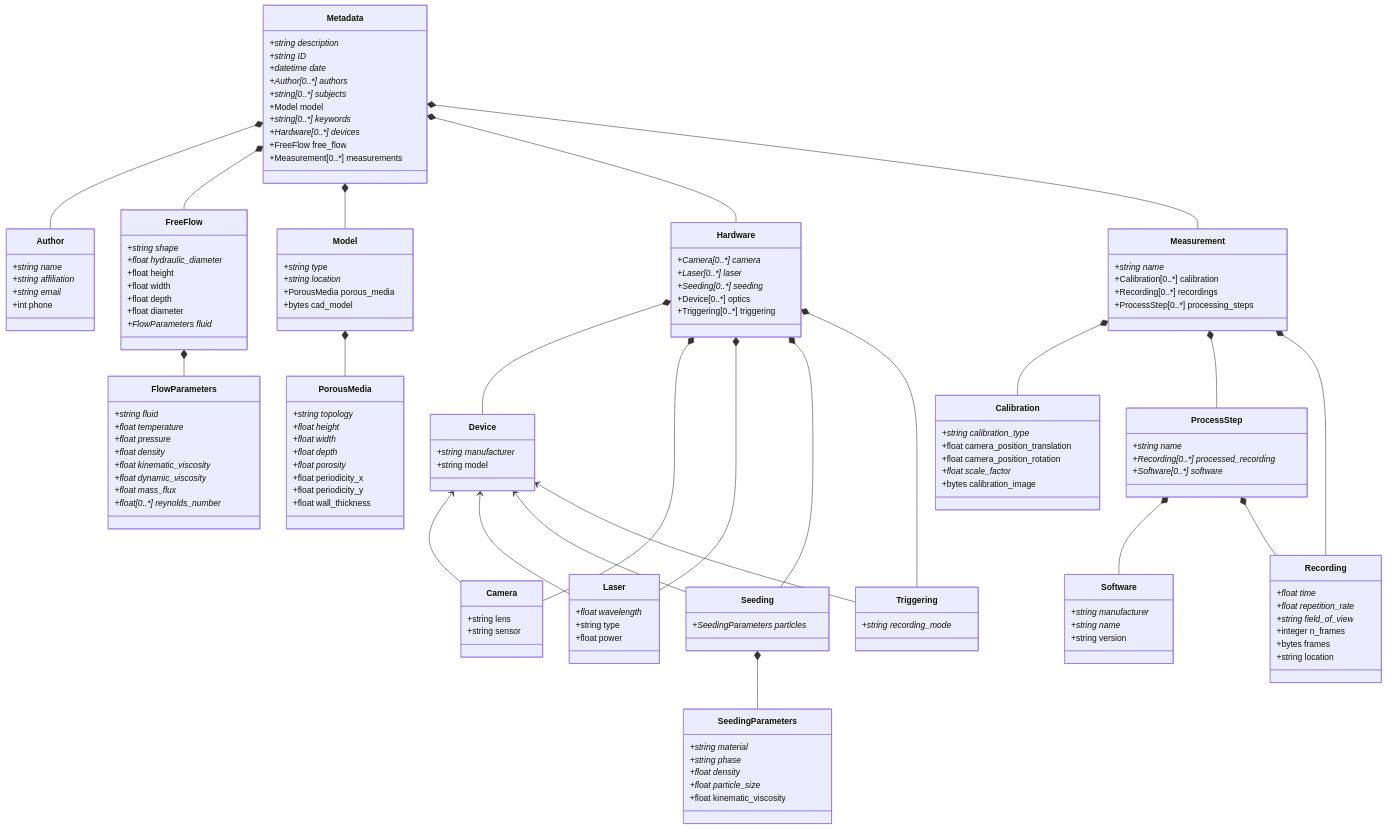
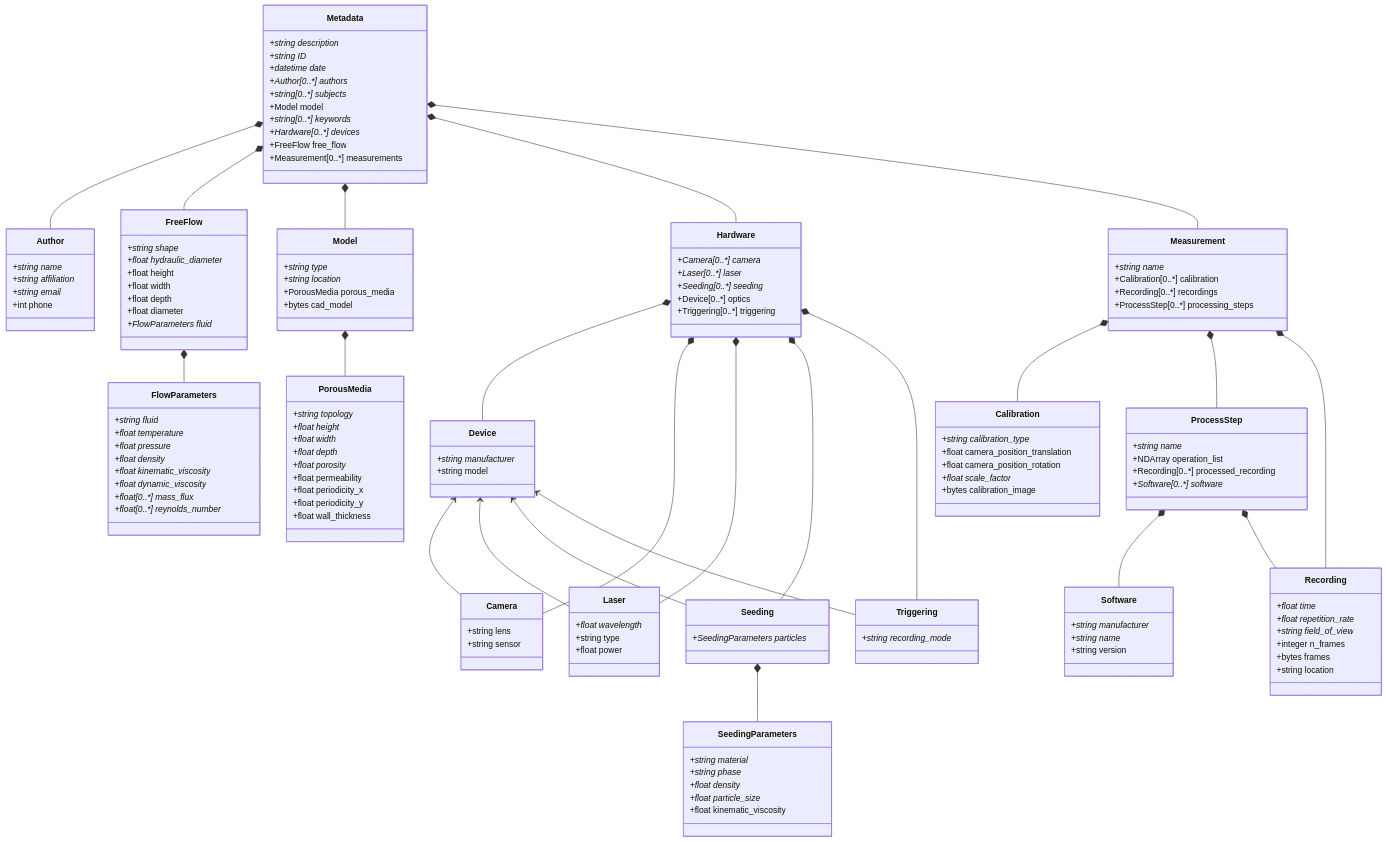
Before and after one commit to SimTech-Research-Data-Management/porous-media-flow-model: the diagram in porouspy_schema.md, drawn with Mermaid. The commit also changed 20 other files, not shown here.

```diff
--- a/porouspy_schema.md
+++ b/porouspy_schema.md
@@ -60,7 +60,7 @@
         +float density*
         +float kinematic_viscosity*
         +float dynamic_viscosity*
-        +float mass_flux*
+        +float[0..*] mass_flux*
         +float[0..*] reynolds_number*
     }
     
@@ -77,6 +77,7 @@
         +float width*
         +float depth*
         +float porosity*
+        +float permeability
         +float periodicity_x
         +float periodicity_y
         +float wall_thickness
@@ -139,7 +140,8 @@
     
     class ProcessStep {
         +string name*
-        +Recording[0..*] processed_recording*
+        +NDArray operation_list
+        +Recording[0..*] processed_recording
         +Software[0..*] software*
     }
     
```
